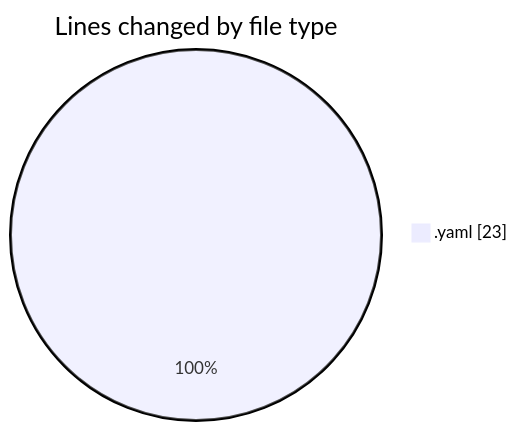
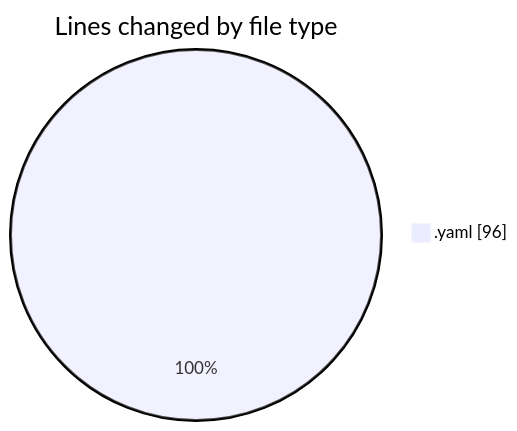
The first of 2 diagrams in 2026-03-10/argos_orchestrator/README.md (nxtqubesakshisongat/code-tracking), drawn with Mermaid before and after one commit. The commit also changed other lines of this file and 1 other file, not shown here.

````diff
--- a/2026-03-10/argos_orchestrator/README.md
+++ b/2026-03-10/argos_orchestrator/README.md
@@ -20,5 +21,5 @@
 ```mermaid
 pie showData
 title Lines changed by file type
-".yaml" : 23
+".yaml" : 96
 ```
````
